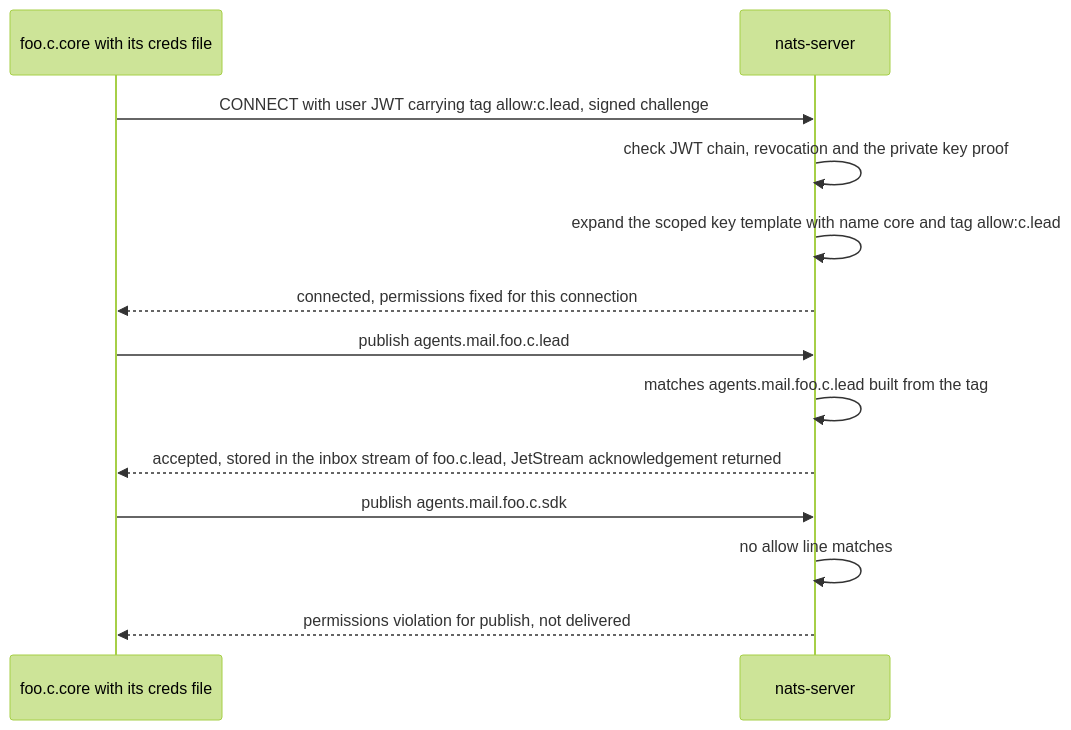
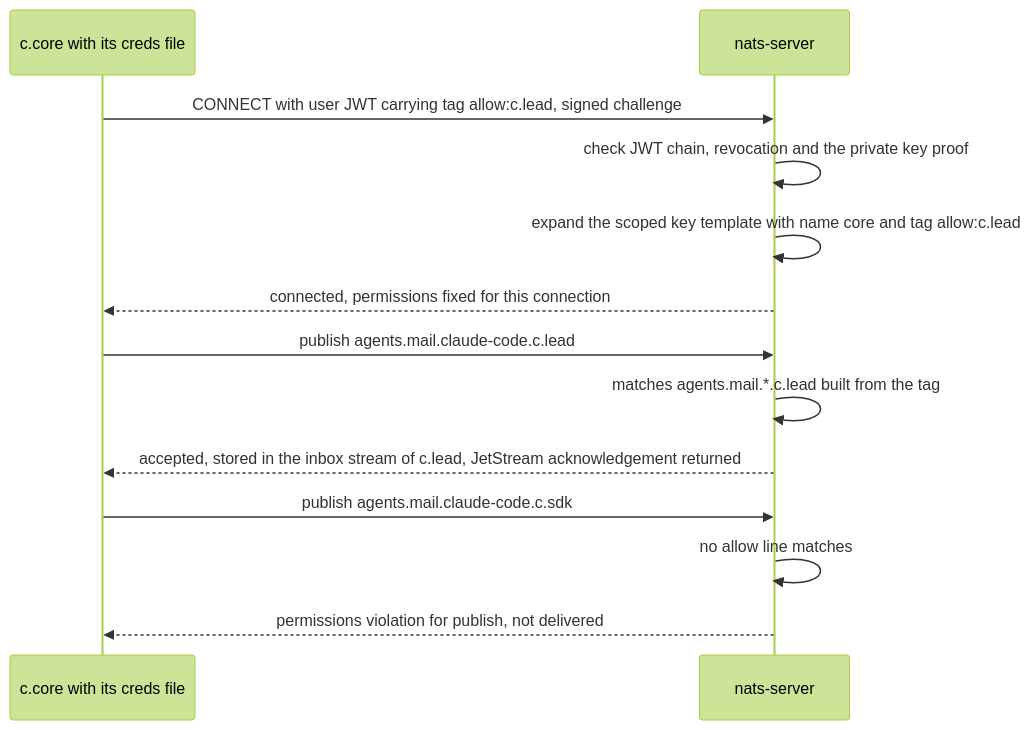
One commit to bogworks/mash changed the second of 4 diagrams in docs/policy-enforcement.md. Above: the diagram before and after it, drawn with Mermaid (forest theme). The commit also changed other lines of this file and 100 other files, not shown here.

````diff
--- a/docs/policy-enforcement.md
+++ b/docs/policy-enforcement.md
@@ -244,15 +288,15 @@
 ```mermaid
 sequenceDiagram
-  participant S as foo.c.core with its creds file
+  participant S as c.core with its creds file
   participant N as nats-server
   S->>N: CONNECT with user JWT carrying tag allow:c.lead, signed challenge
   N->>N: check JWT chain, revocation and the private key proof
   N->>N: expand the scoped key template with name core and tag allow:c.lead
   N-->>S: connected, permissions fixed for this connection
-  S->>N: publish agents.mail.foo.c.lead
-  N->>N: matches agents.mail.foo.c.lead built from the tag
-  N-->>S: accepted, stored in the inbox stream of foo.c.lead, JetStream acknowledgement returned
-  S->>N: publish agents.mail.foo.c.sdk
+  S->>N: publish agents.mail.claude-code.c.lead
+  N->>N: matches agents.mail.*.c.lead built from the tag
+  N-->>S: accepted, stored in the inbox stream of c.lead, JetStream acknowledgement returned
+  S->>N: publish agents.mail.claude-code.c.sdk
   N->>N: no allow line matches
   N-->>S: permissions violation for publish, not delivered
 ```
````
